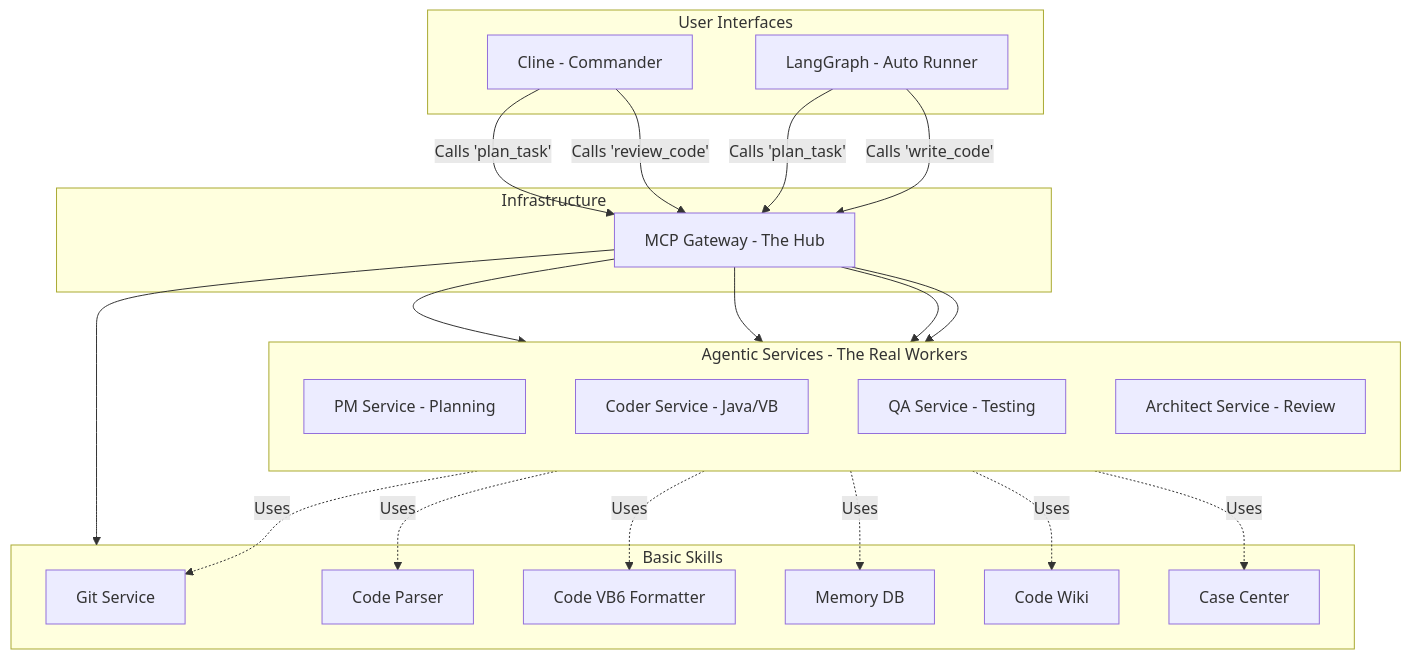
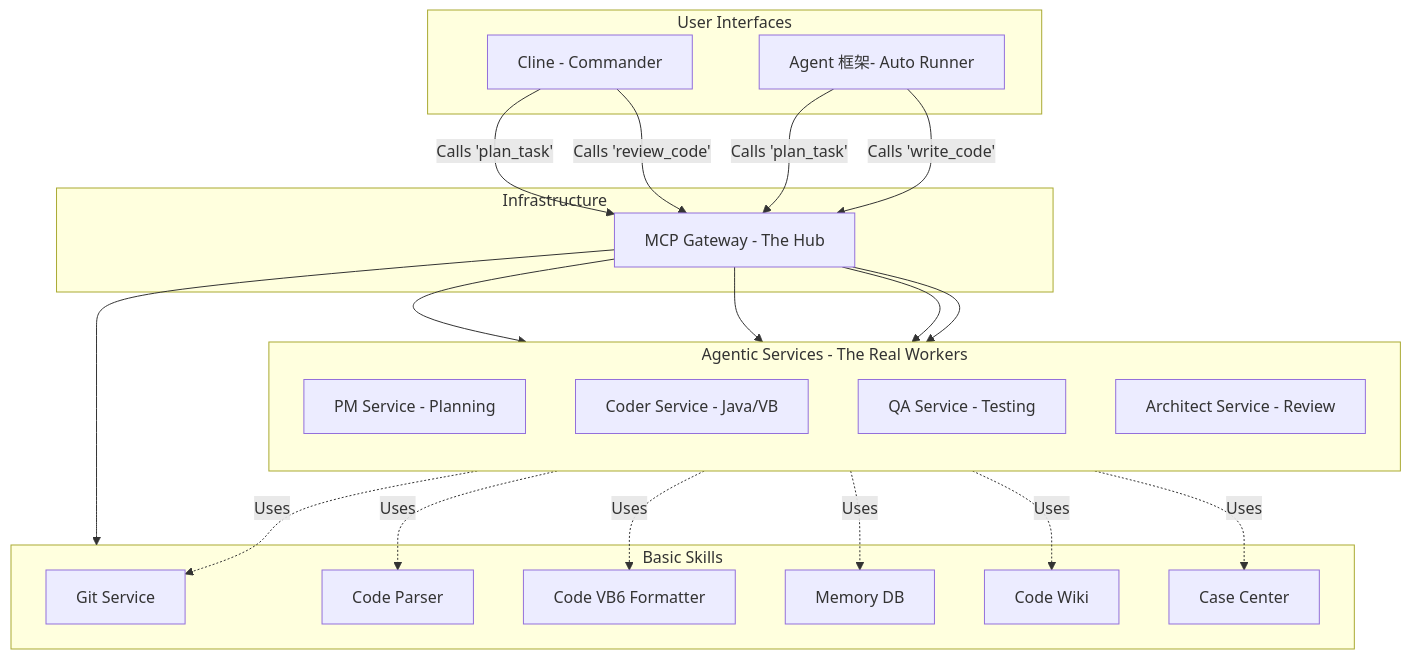
The first of 2 diagrams in docs/custom_agent_design.md (wmwang/ai_coding_agent), drawn with Mermaid before and after one commit.

````diff
--- a/docs/custom_agent_design.md
+++ b/docs/custom_agent_design.md
@@ -18,51 +18,51 @@
 ```mermaid
 flowchart TD
     subgraph Users [User Interfaces]
         Cline[Cline - Commander]
-        AutoScript[LangGraph - Auto Runner]
+        AutoScript[Agent 框架- Auto Runner]
     end
 
     subgraph Router [Infrastructure]
         Gateway[MCP Gateway - The Hub]
     end
 
     subgraph Services [Agentic Services - The Real Workers]
         direction TB
         PM_Service[PM Service - Planning]
         Dev_Service[Coder Service - Java/VB]
         QA_Service[QA Service - Testing]
         Arch_Service[Architect Service - Review]
     end
 
     subgraph BasicTools [Basic Skills]
         Git[Git Service]
         Parser[Code Parser]
         Format[Code VB6 Formatter]
         DB[Memory DB]
         Wiki[Code Wiki]
         Case[Case Center]
     end
 
     %% Cline Calls
     Cline -->|Calls 'plan_task'| Gateway
     Cline -->|Calls 'review_code'| Gateway
 
     %% LangGraph Calls
     AutoScript -->|Calls 'plan_task'| Gateway
     AutoScript -->|Calls 'write_code'| Gateway
     
     %% Gateway Routing
     Gateway --> PM_Service
     Gateway --> Dev_Service
     Gateway --> QA_Service
     Gateway --> Arch_Service
     Gateway --> BasicTools
 
     %% Services use Basic Tools
     PM_Service -.->|Uses| DB
     PM_Service -.->|Uses| Wiki
     Dev_Service -.->|Uses| Parser
     Dev_Service -.->|Uses| Format
     Dev_Service -.->|Uses| Git
     PM_Service -.->|Uses| Case
 ```
````
